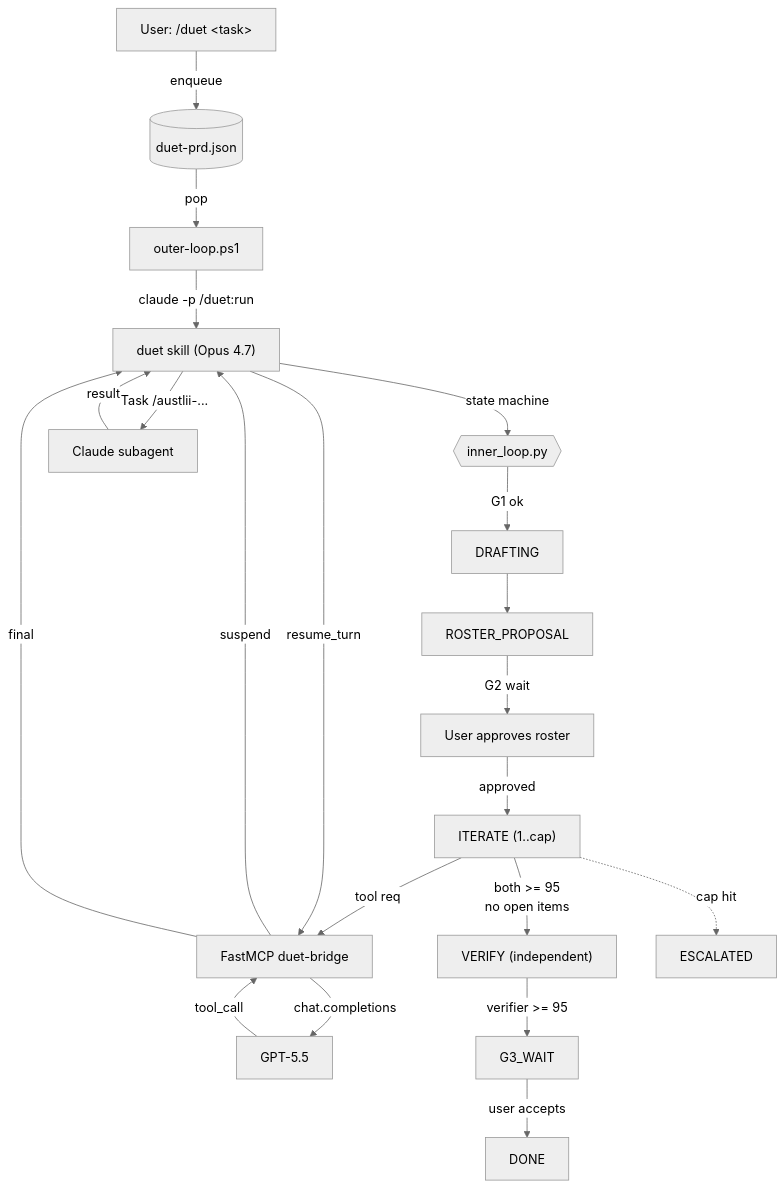
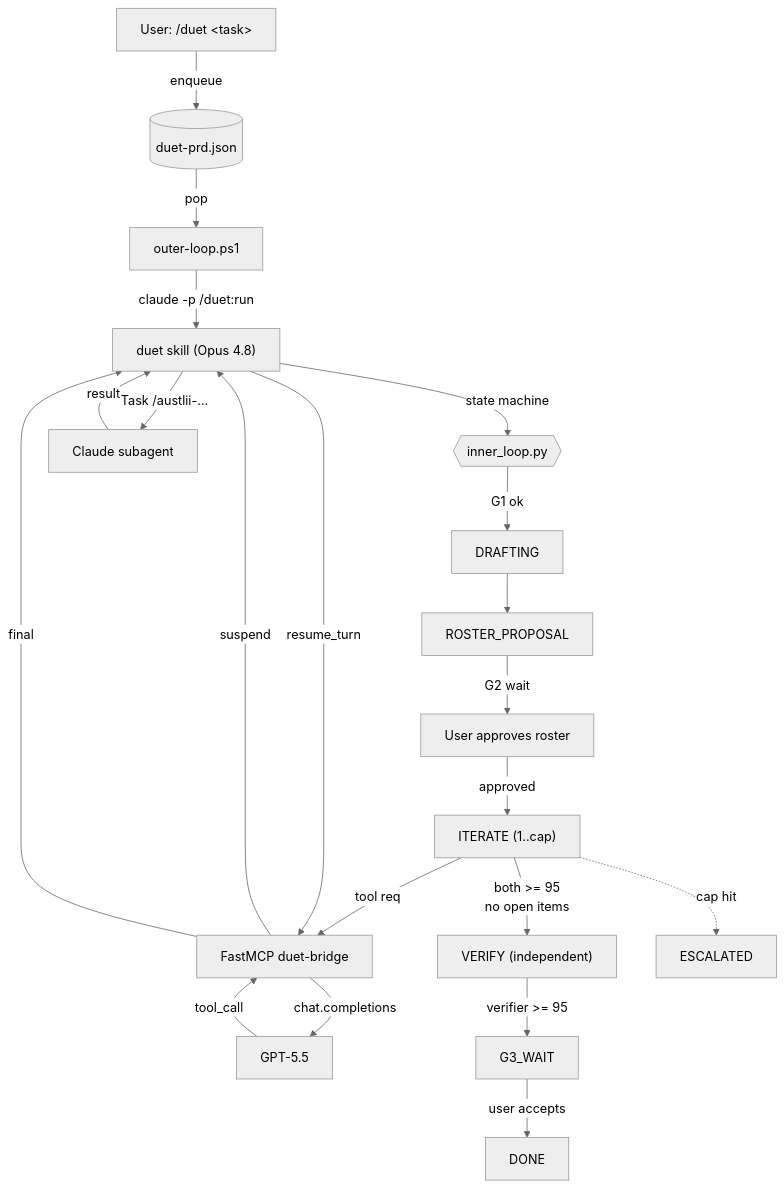
Before and after one commit to acor8826/duet-build: the diagram in README.md, drawn with Mermaid (neutral theme). The commit also changed other lines of this file and 17 other files, not shown here.

````diff
--- a/README.md
+++ b/README.md
@@ -24,23 +24,23 @@
 ```mermaid
 flowchart TB
     user["User: /duet &lt;task&gt;"] -->|enqueue| prd[("duet-prd.json")]
     prd -->|pop| outer["outer-loop.ps1"]
-    outer -->|claude -p /duet:run| skill["duet skill (Opus 4.7)"]
+    outer -->|claude -p /duet:run| skill["duet skill (Opus 4.8)"]
     skill -->|state machine| sm{{"inner_loop.py"}}
     sm -->|G1 ok| draft["DRAFTING"]
     draft --> roster["ROSTER_PROPOSAL"]
     roster -->|G2 wait| user2["User approves roster"]
     user2 -->|approved| iter["ITERATE (1..cap)"]
     iter -->|tool req| bridge["FastMCP duet-bridge"]
     bridge -->|chat.completions| gpt["GPT-5.5"]
     gpt -->|tool_call| bridge
     bridge -->|suspend| skill
     skill -->|Task /austlii-...| sub["Claude subagent"]
     sub -->|result| skill
     skill -->|resume_turn| bridge
     bridge -->|final| skill
     iter -->|both >= 95<br/>no open items| verify["VERIFY (independent)"]
     verify -->|verifier >= 95| g3["G3_WAIT"]
     g3 -->|user accepts| done["DONE"]
     iter -.->|cap hit| escal["ESCALATED"]
 ```
````
